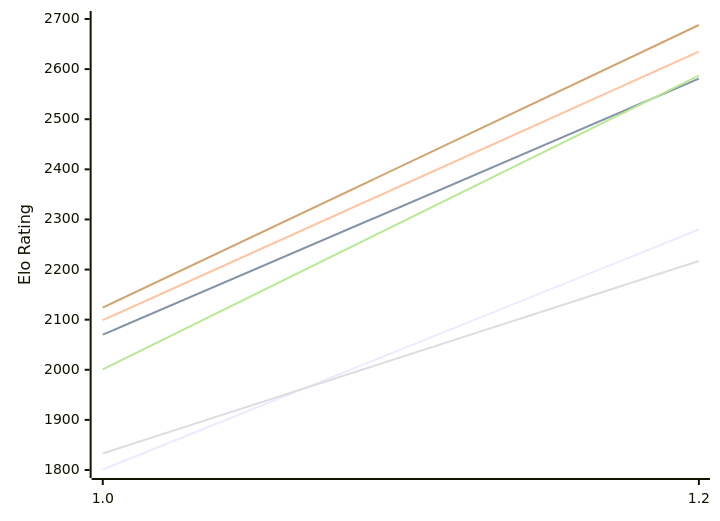
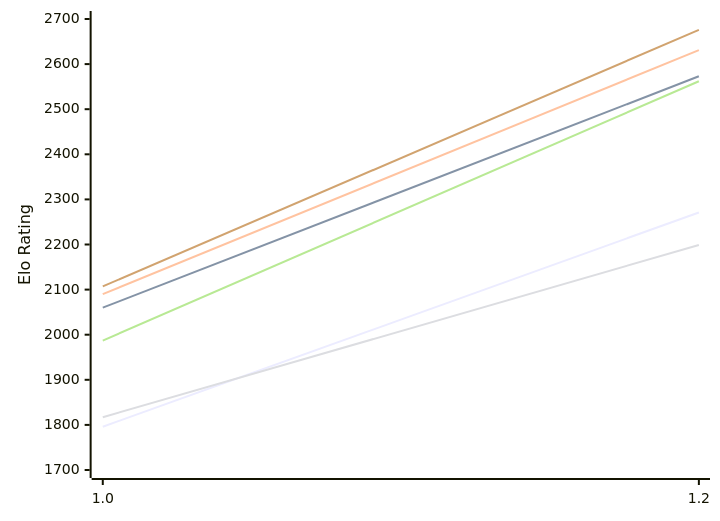
Before and after one commit to computer-chess-index/cci: the first of 2 diagrams in engines/Echekinator.md, drawn with Mermaid. The commit also changed other lines of this file, not shown here.

Commit message:
Update CCI Ratings (ELO VLTC) - 2026-11-02

````diff
--- a/engines/Echekinator.md
+++ b/engines/Echekinator.md
@@ -50,12 +50,12 @@
 ```mermaid
 %%{init: {"theme":"base","themeVariables":{"seriesColors:['#a3a3a3','#222221','#faa371']}}}%%
 xychart-beta
   x-axis ["1.0", "1.2"]
-  y-axis "Elo Rating" 1800 --> 2700
-  line "E1: STC (8.0+0.08s)" [1801, 2280]
-  line "E1: LTC (60.0+0.60s)" [2070, 2581]
-  line "E1: VLTC (2m24s+1.12s)" [2099, 2635]
-  line "P1: STC (8.0+0.08s)" [1833, 2217]
-  line "P1: LTC (60.0+0.60s)" [2001, 2587]
-  line "P1: VLTC (2m24s+1.12s)" [2124, 2688]
+  y-axis "Elo Rating" 1700 --> 2700
+  line "E1: STC (8.0+0.08s)" [1796, 2271]
+  line "E1: LTC (60.0+0.60s)" [2060, 2573]
+  line "E1: VLTC (2m24s+1.12s)" [2090, 2631]
+  line "P1: STC (8.0+0.08s)" [1817, 2199]
+  line "P1: LTC (60.0+0.60s)" [1987, 2562]
+  line "P1: VLTC (2m24s+1.12s)" [2107, 2676]
 ```
````
